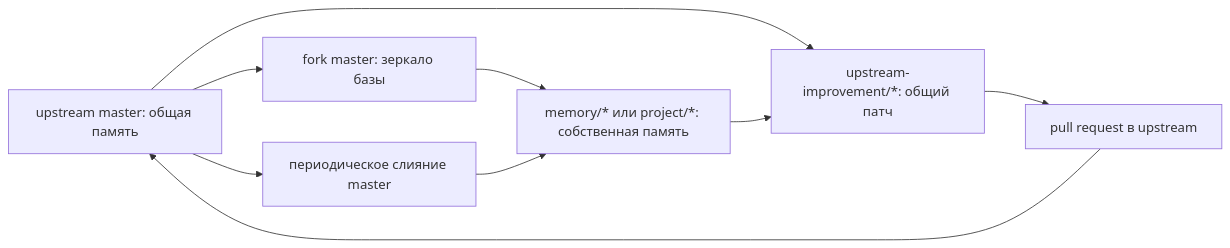
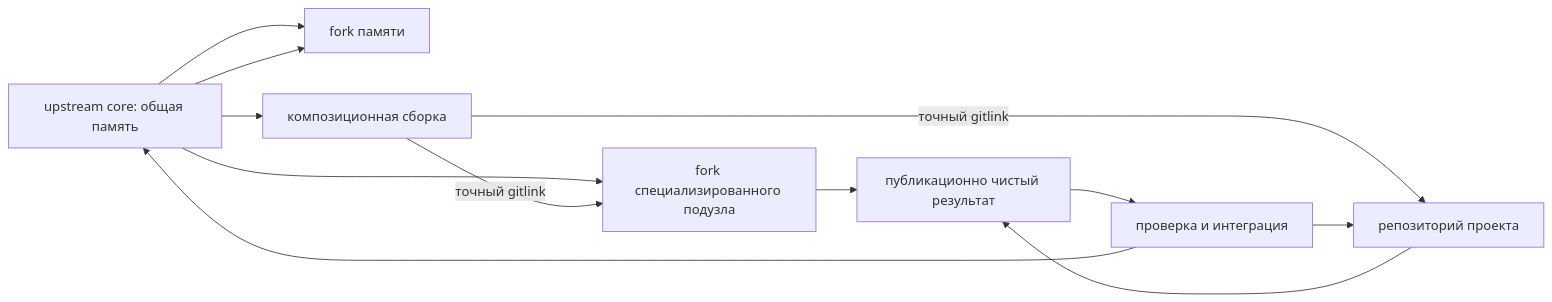
One commit to fum-lab/fum changed the diagram in Документация/27-публичный-upstream-и-форки-памяти.md. Above: the diagram before and after it, drawn with Mermaid. The commit also changed other lines of this file and 38 other files, not shown here.

````diff
--- a/Документация/27-публичный-upstream-и-форки-памяти.md
+++ b/Документация/27-публичный-upstream-и-форки-памяти.md
@@ -107,11 +123,14 @@
 ```mermaid
 flowchart LR
-    upstream["upstream master: общая память"] --> fork_master["fork master: зеркало базы"]
-    fork_master --> memory_branch["memory/* или project/*: собственная память"]
-    upstream --> improvement["upstream-improvement/*: общий патч"]
-    memory_branch --> improvement
-    improvement --> pr["pull request в upstream"]
-    pr --> upstream
-    upstream --> sync["периодическое слияние master"]
-    sync --> memory_branch
+    core["upstream core: общая память"] --> memory["fork памяти"]
+    core --> agent["fork специализированного подузла"]
+    core --> assembly["композиционная сборка"]
+    assembly -->|"точный gitlink"| agent
+    assembly -->|"точный gitlink"| project["репозиторий проекта"]
+    agent --> contribution["публикационно чистый результат"]
+    project --> contribution
+    contribution --> integration["проверка и интеграция"]
+    integration --> core
+    integration --> project
+    core --> memory
 ```
````
